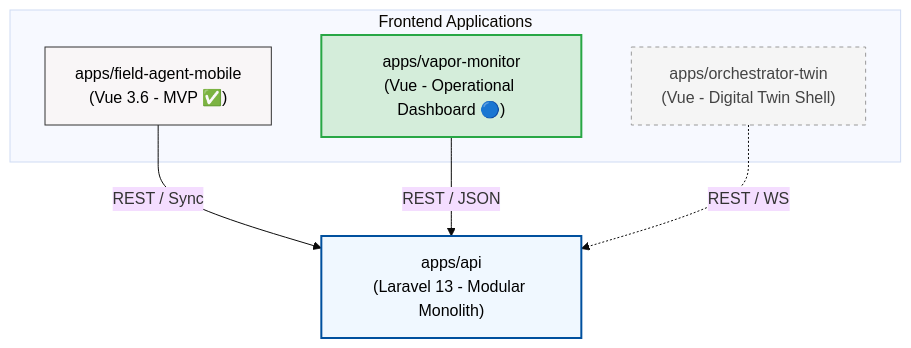
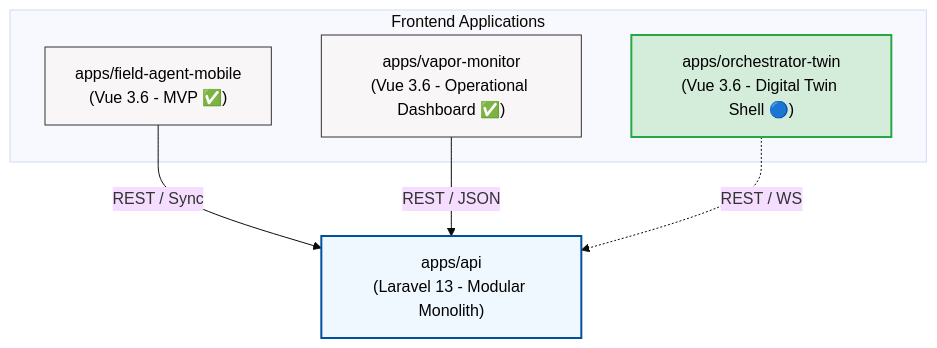
Before and after one commit to h-builds/nexus-wms: the first of 5 diagrams in README.md, drawn with Mermaid (base theme). The commit also changed other lines of this file and 2 other files, not shown here.

Commit message:
feat: transition project to Phase 3 and initialize Orchestrator Twin Lite planning documentation

````diff
--- a/README.md
+++ b/README.md
@@ -70,19 +79,19 @@
 ```mermaid
 flowchart TD
     classDef backend fill:#f0f8ff,stroke:#00509E,stroke-width:2px,color:#000
     classDef currentFrontend fill:#f9f6f7,stroke:#333,stroke-width:1px,color:#000
     classDef activeFrontend fill:#d4edda,stroke:#28a745,stroke-width:2px,color:#000
     classDef futureFrontend fill:#f5f5f5,stroke:#999,stroke-width:1px,stroke-dasharray: 4 4,color:#444
 
     API["apps/api\n(Laravel 13 - Modular Monolith)"]:::backend
 
     subgraph Frontends ["Frontend Applications"]
         Mobile["apps/field-agent-mobile\n(Vue 3.6 - MVP ✅)"]:::currentFrontend
-        Monitor["apps/vapor-monitor\n(Vue - Operational Dashboard 🔵)"]:::activeFrontend
-        Twin["apps/orchestrator-twin\n(Vue - Digital Twin Shell)"]:::futureFrontend
+        Monitor["apps/vapor-monitor\n(Vue 3.6 - Operational Dashboard ✅)"]:::currentFrontend
+        Twin["apps/orchestrator-twin\n(Vue 3.6 - Digital Twin Shell 🔵)"]:::activeFrontend
     end
 
     Mobile -->|REST / Sync| API
     Monitor -->|REST / JSON| API
     Twin -.->|REST / WS| API
 ```
````
